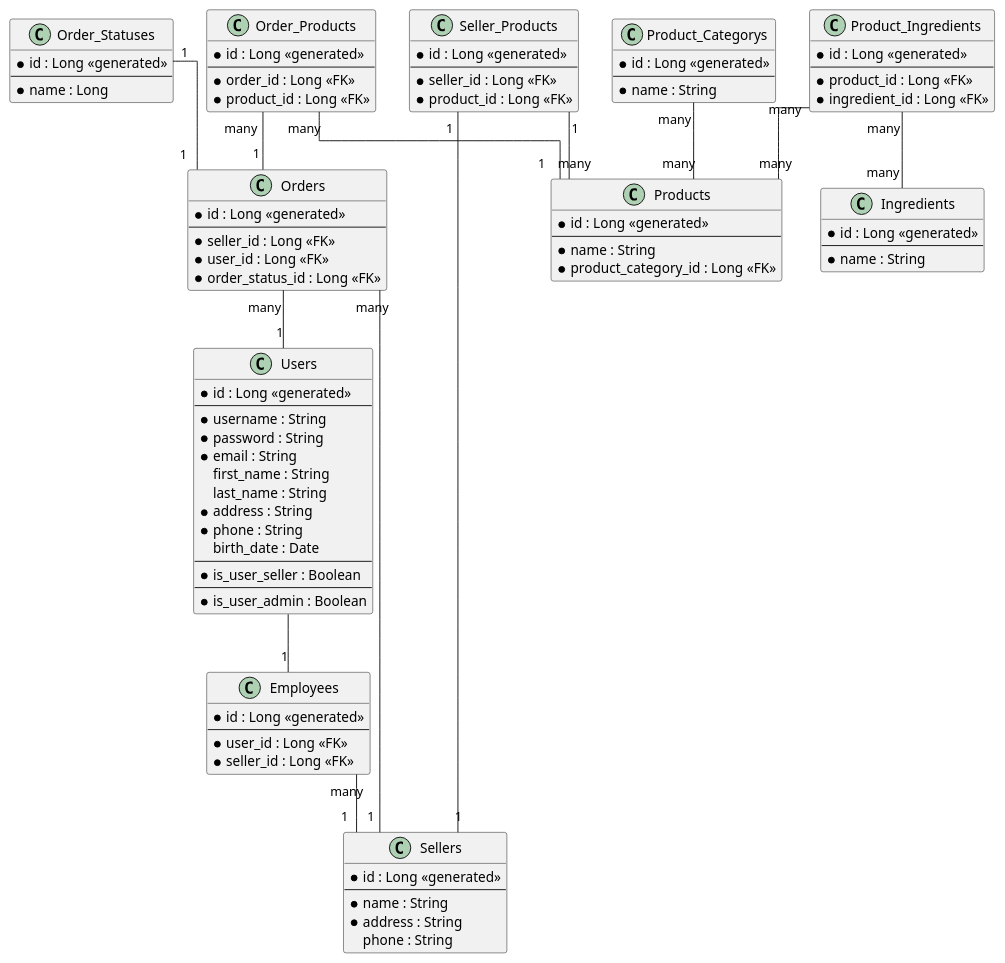
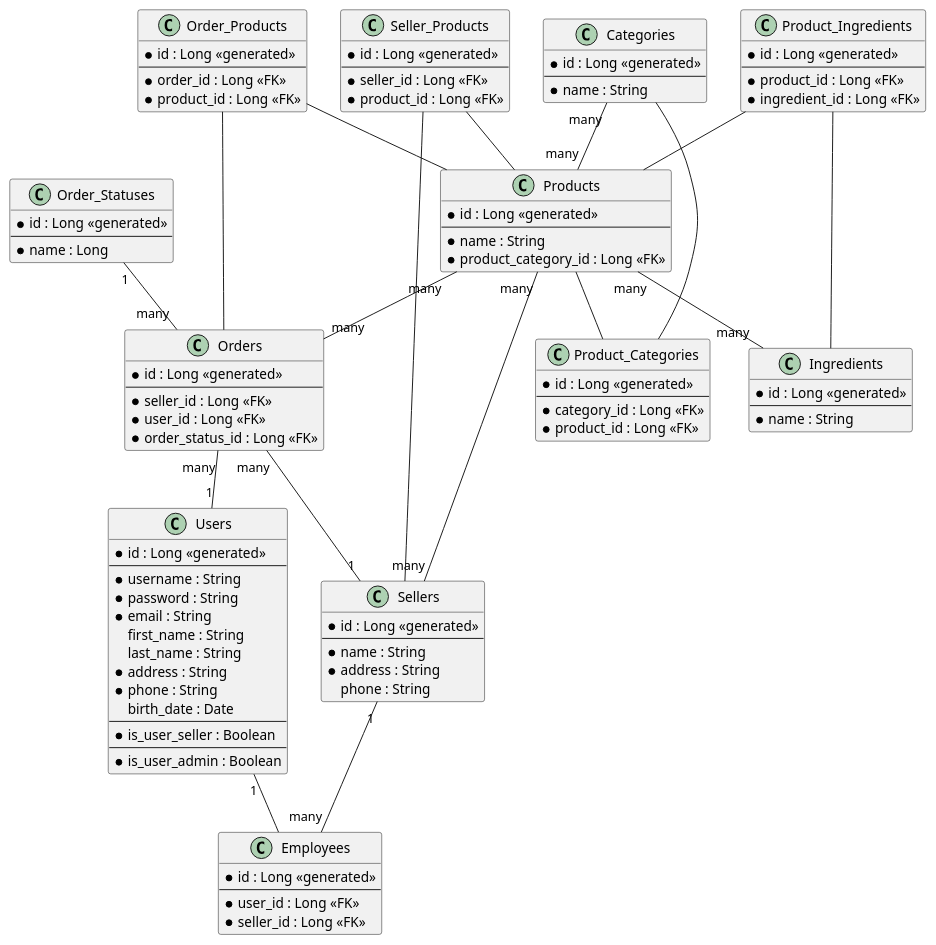
Before and after one commit to csistoc/foodMarket: the diagram in diagram.puml, drawn with PlantUML. The commit also changed 8 other files, not shown here.

Commit message:
Model, schema and uml update

```diff
--- a/diagram.puml
+++ b/diagram.puml
@@ -1,129 +1,145 @@
 @startuml
 
 ' Zero or One 	|o--
 ' Exactly One 	||--
 ' Zero or Many 	}o--
 ' One or Many 	}|--
 
 ' dot = mandatory field
 
 ' avoid problems with angled crows feet
-skinparam linetype ortho
+'skinparam linetype ortho
 
 class "Users" {
     *id : Long <<generated>>
     --
     *username : String
     *password : String
     *email : String
     first_name : String
     last_name : String
     *address : String
     *phone : String
     birth_date : Date
     --
     *is_user_seller : Boolean
     --
     *is_user_admin : Boolean
 }
 
 class "Sellers" {
     *id : Long <<generated>>
     --
     *name : String
     *address : String
     phone : String
 }
 
 class "Employees" {
     *id : Long <<generated>>
     --
     *user_id : Long <<FK>>
     *seller_id : Long <<FK>>
 }
 
-class "Product_Categorys" {
+class "Categories" {
     *id : Long <<generated>>
     --
     *name : String
+}
+
+class "Product_Categories" {
+    *id : Long <<generated>>
+    --
+    *category_id : Long <<FK>>
+    *product_id : Long <<FK>>
 }
 
 class "Ingredients" {
     *id : Long <<generated>>
     --
     *name : String
 }
 
 class "Products" {
     *id : Long <<generated>>
     --
     *name : String
     *product_category_id : Long <<FK>>
 }
 
 class "Product_Ingredients" {
     *id : Long <<generated>>
     --
     *product_id : Long <<FK>>
     *ingredient_id : Long <<FK>>
 }
 
 class "Seller_Products" {
     *id : Long <<generated>>
     --
     *seller_id : Long <<FK>>
     *product_id : Long <<FK>>
 }
 
 class "Order_Statuses" {
     *id : Long <<generated>>
     --
     *name : Long
 }
 
 class "Orders" {
     *id : Long <<generated>>
     --
     *seller_id : Long <<FK>>
     *user_id : Long <<FK>>
     *order_status_id : Long <<FK>>
 }
 
 class "Order_Products" {
     *id : Long <<generated>>
     --
     *order_id : Long <<FK>>
     *product_id : Long <<FK>>
 }
 
-Users  -- "1" Employees
-Employees "many" -- "1" Sellers
+Users "1" -- Employees
 
-Seller_Products "1" -- "1" Sellers
-Seller_Products "1" -- "many" Products
+Sellers "1" -- "many" Employees
 
-Product_Ingredients "many" -- "many" Ingredients
-Product_Ingredients "many" -- "many" Products
+Products "many" -- "many" Sellers
+Seller_Products -- Sellers
+Seller_Products -- Products
 
-Product_Categorys "many" -- "many" Products
+Products "many" -- "many" Ingredients
+Product_Ingredients -- Ingredients
+Product_Ingredients -- Products
 
-Order_Statuses "1" -- "1" Orders
-Order_Products "many" -- "1" Orders
+Categories "many" -- "many" Products
+Categories -- Product_Categories
+Products -- Product_Categories
+
 Orders "many" -- "1" Users
+
+Order_Statuses "1" -- "many" Orders
+
+Products "many" -- "many" Orders
+Order_Products -- Products
+Order_Products -- Orders
+
 Orders "many" -- "1" Sellers
 
-Order_Products "many" -- "1" Products
 
 'e01 }|..|| e02
 'e01 }|..|| e03
 
 'e02 }|..|| e05
 
 'e02 }|..|| e04
 'e03 }|..|| e04
 
 'e02 }|..|| e06
 'e03 }|..|| e06
 
 
 @enduml
```
